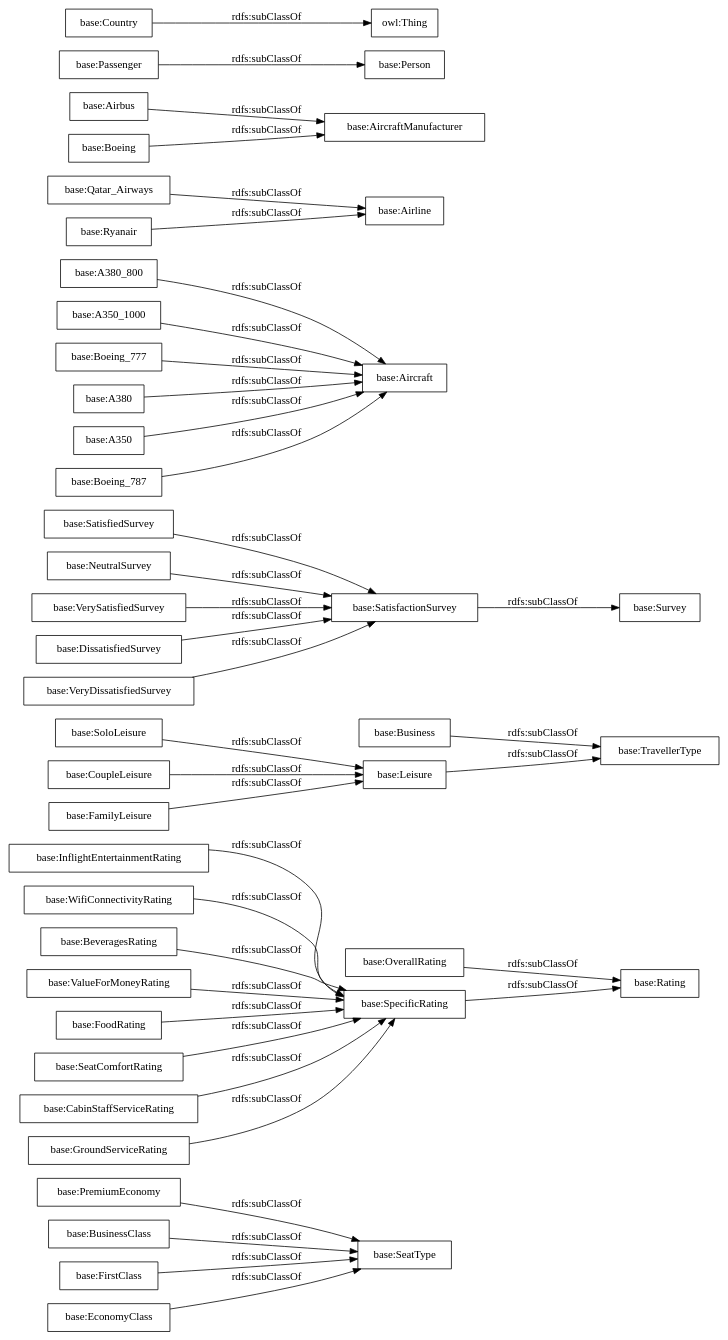
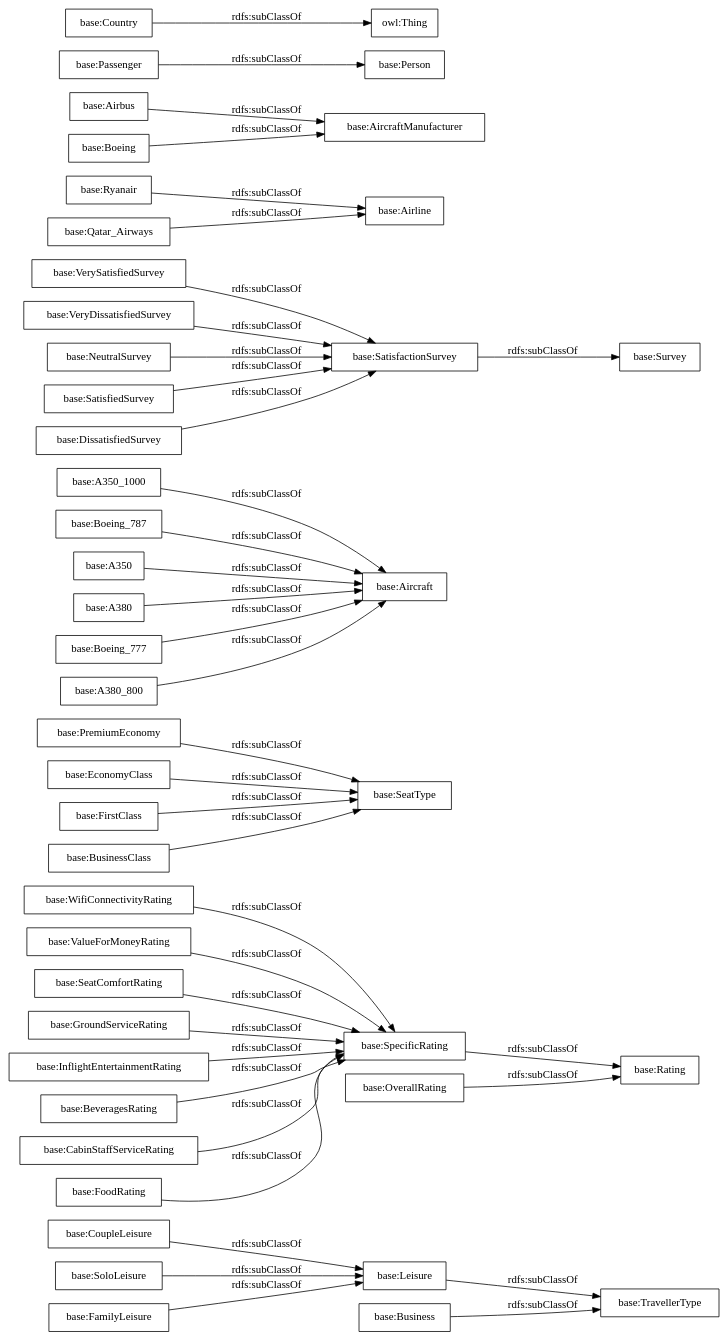
Before and after one commit to ncarrenogimeno/EESPVCv1: the diagram in OnToology/EESPVC.ttl/diagrams/ar2dtool-taxonomy/EESPVC.ttl.png.dot, drawn with Graphviz. The commit also changed 12 other files, not shown here.

```diff
--- a/OnToology/EESPVC.ttl/diagrams/ar2dtool-taxonomy/EESPVC.ttl.png.dot
+++ b/OnToology/EESPVC.ttl/diagrams/ar2dtool-taxonomy/EESPVC.ttl.png.dot
@@ -1,43 +1,43 @@
 digraph ar2dtool_diagram { 
 rankdir=LR;
 size="1000"
-node [shape = rectangle, color="black"]; "base:PremiumEconomy" "base:OverallRating" "base:Business" "base:InflightEntertainmentRating" "base:SatisfiedSurvey" "base:A380_800" "base:NeutralSurvey" "base:Airline" "base:A350_1000" "base:AircraftManufacturer" "base:Aircraft" "base:WifiConnectivityRating" "base:Qatar_Airways" "base:VerySatisfiedSurvey" "base:BeveragesRating" "base:ValueForMoneyRating" "base:FoodRating" "base:SeatComfortRating" "base:SoloLeisure" "base:Ryanair" "base:SpecificRating" "base:BusinessClass" "base:Boeing_777" "base:Airbus" "base:DissatisfiedSurvey" "base:FirstClass" "base:SatisfactionSurvey" "base:Survey" "base:Person" "base:TravellerType" "base:Rating" "base:CabinStaffServiceRating" "base:SeatType" "base:EconomyClass" "base:Country" "base:Passenger" "base:VeryDissatisfiedSurvey" "base:Boeing" "base:A380" "base:A350" "base:Leisure" "base:GroundServiceRating" "base:CoupleLeisure" "base:Boeing_787" "base:FamilyLeisure" ; /*classes style*/
+node [shape = rectangle, color="black"]; "base:CoupleLeisure" "base:WifiConnectivityRating" "base:PremiumEconomy" "base:A350_1000" "base:VerySatisfiedSurvey" "base:Ryanair" "base:VeryDissatisfiedSurvey" "base:Airbus" "base:ValueForMoneyRating" "base:Survey" "base:Boeing" "base:Business" "base:SeatComfortRating" "base:Leisure" "base:NeutralSurvey" "base:SatisfactionSurvey" "base:Airline" "base:OverallRating" "base:GroundServiceRating" "base:TravellerType" "base:Boeing_787" "base:InflightEntertainmentRating" "base:Passenger" "base:SatisfiedSurvey" "base:Country" "base:SoloLeisure" "base:Qatar_Airways" "base:BeveragesRating" "base:DissatisfiedSurvey" "base:Rating" "base:FamilyLeisure" "base:A350" "base:CabinStaffServiceRating" "base:EconomyClass" "base:FirstClass" "base:SpecificRating" "base:AircraftManufacturer" "base:FoodRating" "base:A380" "base:BusinessClass" "base:SeatType" "base:Boeing_777" "base:Aircraft" "base:A380_800" "base:Person" ; /*classes style*/
+	"base:SpecificRating" -> "base:Rating" [ label = "rdfs:subClassOf" ];
+	"base:Qatar_Airways" -> "base:Airline" [ label = "rdfs:subClassOf" ];
+	"base:SatisfiedSurvey" -> "base:SatisfactionSurvey" [ label = "rdfs:subClassOf" ];
+	"base:CabinStaffServiceRating" -> "base:SpecificRating" [ label = "rdfs:subClassOf" ];
+	"base:Boeing" -> "base:AircraftManufacturer" [ label = "rdfs:subClassOf" ];
+	"base:Boeing_787" -> "base:Aircraft" [ label = "rdfs:subClassOf" ];
+	"base:FirstClass" -> "base:SeatType" [ label = "rdfs:subClassOf" ];
+	"base:ValueForMoneyRating" -> "base:SpecificRating" [ label = "rdfs:subClassOf" ];
+	"base:DissatisfiedSurvey" -> "base:SatisfactionSurvey" [ label = "rdfs:subClassOf" ];
+	"base:OverallRating" -> "base:Rating" [ label = "rdfs:subClassOf" ];
+	"base:EconomyClass" -> "base:SeatType" [ label = "rdfs:subClassOf" ];
+	"base:A380" -> "base:Aircraft" [ label = "rdfs:subClassOf" ];
 	"base:Boeing_777" -> "base:Aircraft" [ label = "rdfs:subClassOf" ];
-	"base:CabinStaffServiceRating" -> "base:SpecificRating" [ label = "rdfs:subClassOf" ];
+	"base:FoodRating" -> "base:SpecificRating" [ label = "rdfs:subClassOf" ];
+	"base:NeutralSurvey" -> "base:SatisfactionSurvey" [ label = "rdfs:subClassOf" ];
+	"base:SoloLeisure" -> "base:Leisure" [ label = "rdfs:subClassOf" ];
+	"base:SatisfactionSurvey" -> "base:Survey" [ label = "rdfs:subClassOf" ];
+	"base:BusinessClass" -> "base:SeatType" [ label = "rdfs:subClassOf" ];
+	"base:VerySatisfiedSurvey" -> "base:SatisfactionSurvey" [ label = "rdfs:subClassOf" ];
+	"base:PremiumEconomy" -> "base:SeatType" [ label = "rdfs:subClassOf" ];
+	"base:A380_800" -> "base:Aircraft" [ label = "rdfs:subClassOf" ];
+	"base:Business" -> "base:TravellerType" [ label = "rdfs:subClassOf" ];
+	"base:A350" -> "base:Aircraft" [ label = "rdfs:subClassOf" ];
+	"base:WifiConnectivityRating" -> "base:SpecificRating" [ label = "rdfs:subClassOf" ];
 	"base:Leisure" -> "base:TravellerType" [ label = "rdfs:subClassOf" ];
 	"base:Country" -> "owl:Thing" [ label = "rdfs:subClassOf" ];
-	"base:ValueForMoneyRating" -> "base:SpecificRating" [ label = "rdfs:subClassOf" ];
+	"base:InflightEntertainmentRating" -> "base:SpecificRating" [ label = "rdfs:subClassOf" ];
+	"base:A350_1000" -> "base:Aircraft" [ label = "rdfs:subClassOf" ];
+	"base:CoupleLeisure" -> "base:Leisure" [ label = "rdfs:subClassOf" ];
 	"base:Ryanair" -> "base:Airline" [ label = "rdfs:subClassOf" ];
-	"base:Qatar_Airways" -> "base:Airline" [ label = "rdfs:subClassOf" ];
-	"base:Business" -> "base:TravellerType" [ label = "rdfs:subClassOf" ];
-	"base:A350" -> "base:Aircraft" [ label = "rdfs:subClassOf" ];
-	"base:VerySatisfiedSurvey" -> "base:SatisfactionSurvey" [ label = "rdfs:subClassOf" ];
-	"base:A350_1000" -> "base:Aircraft" [ label = "rdfs:subClassOf" ];
 	"base:BeveragesRating" -> "base:SpecificRating" [ label = "rdfs:subClassOf" ];
-	"base:SpecificRating" -> "base:Rating" [ label = "rdfs:subClassOf" ];
-	"base:WifiConnectivityRating" -> "base:SpecificRating" [ label = "rdfs:subClassOf" ];
-	"base:FoodRating" -> "base:SpecificRating" [ label = "rdfs:subClassOf" ];
-	"base:OverallRating" -> "base:Rating" [ label = "rdfs:subClassOf" ];
+	"base:VeryDissatisfiedSurvey" -> "base:SatisfactionSurvey" [ label = "rdfs:subClassOf" ];
+	"base:Passenger" -> "base:Person" [ label = "rdfs:subClassOf" ];
+	"base:FamilyLeisure" -> "base:Leisure" [ label = "rdfs:subClassOf" ];
+	"base:Airbus" -> "base:AircraftManufacturer" [ label = "rdfs:subClassOf" ];
+	"base:GroundServiceRating" -> "base:SpecificRating" [ label = "rdfs:subClassOf" ];
 	"base:SeatComfortRating" -> "base:SpecificRating" [ label = "rdfs:subClassOf" ];
-	"base:Passenger" -> "base:Person" [ label = "rdfs:subClassOf" ];
-	"base:EconomyClass" -> "base:SeatType" [ label = "rdfs:subClassOf" ];
-	"base:NeutralSurvey" -> "base:SatisfactionSurvey" [ label = "rdfs:subClassOf" ];
-	"base:SatisfiedSurvey" -> "base:SatisfactionSurvey" [ label = "rdfs:subClassOf" ];
-	"base:InflightEntertainmentRating" -> "base:SpecificRating" [ label = "rdfs:subClassOf" ];
-	"base:DissatisfiedSurvey" -> "base:SatisfactionSurvey" [ label = "rdfs:subClassOf" ];
-	"base:Airbus" -> "base:AircraftManufacturer" [ label = "rdfs:subClassOf" ];
-	"base:PremiumEconomy" -> "base:SeatType" [ label = "rdfs:subClassOf" ];
-	"base:GroundServiceRating" -> "base:SpecificRating" [ label = "rdfs:subClassOf" ];
-	"base:VeryDissatisfiedSurvey" -> "base:SatisfactionSurvey" [ label = "rdfs:subClassOf" ];
-	"base:CoupleLeisure" -> "base:Leisure" [ label = "rdfs:subClassOf" ];
-	"base:BusinessClass" -> "base:SeatType" [ label = "rdfs:subClassOf" ];
-	"base:FirstClass" -> "base:SeatType" [ label = "rdfs:subClassOf" ];
-	"base:A380_800" -> "base:Aircraft" [ label = "rdfs:subClassOf" ];
-	"base:SatisfactionSurvey" -> "base:Survey" [ label = "rdfs:subClassOf" ];
-	"base:Boeing_787" -> "base:Aircraft" [ label = "rdfs:subClassOf" ];
-	"base:SoloLeisure" -> "base:Leisure" [ label = "rdfs:subClassOf" ];
-	"base:FamilyLeisure" -> "base:Leisure" [ label = "rdfs:subClassOf" ];
-	"base:A380" -> "base:Aircraft" [ label = "rdfs:subClassOf" ];
-	"base:Boeing" -> "base:AircraftManufacturer" [ label = "rdfs:subClassOf" ];
 
 }
```
